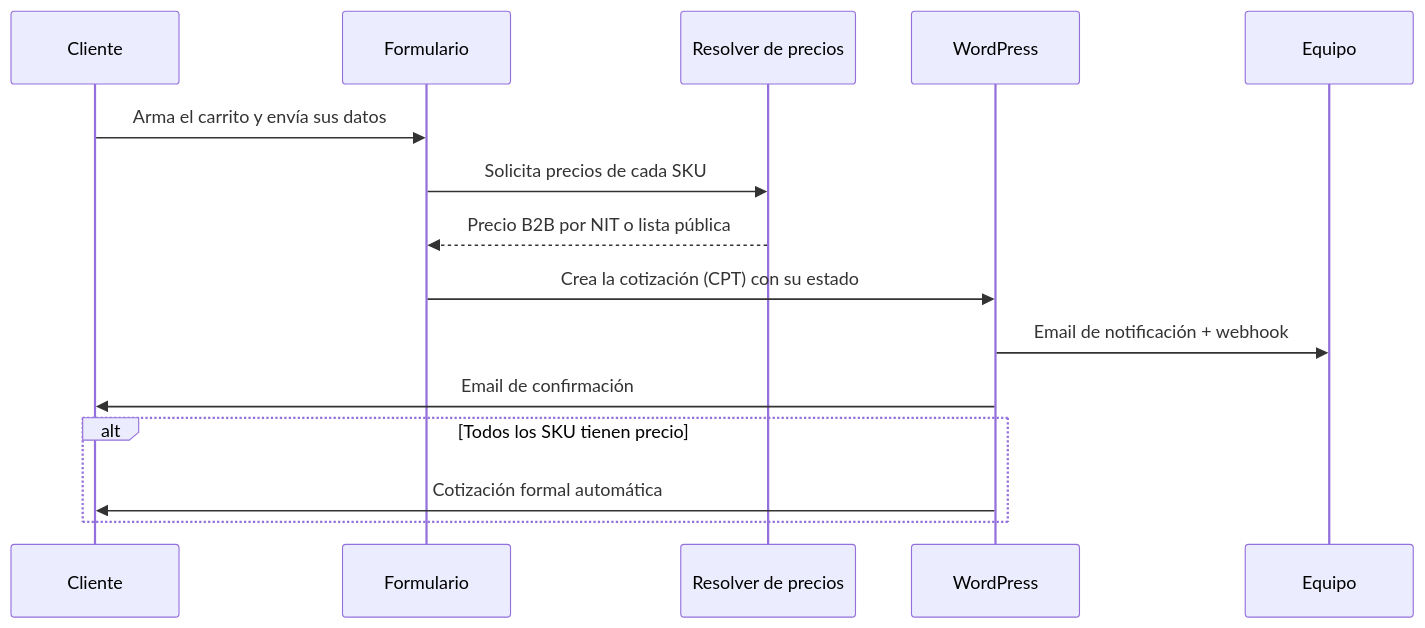
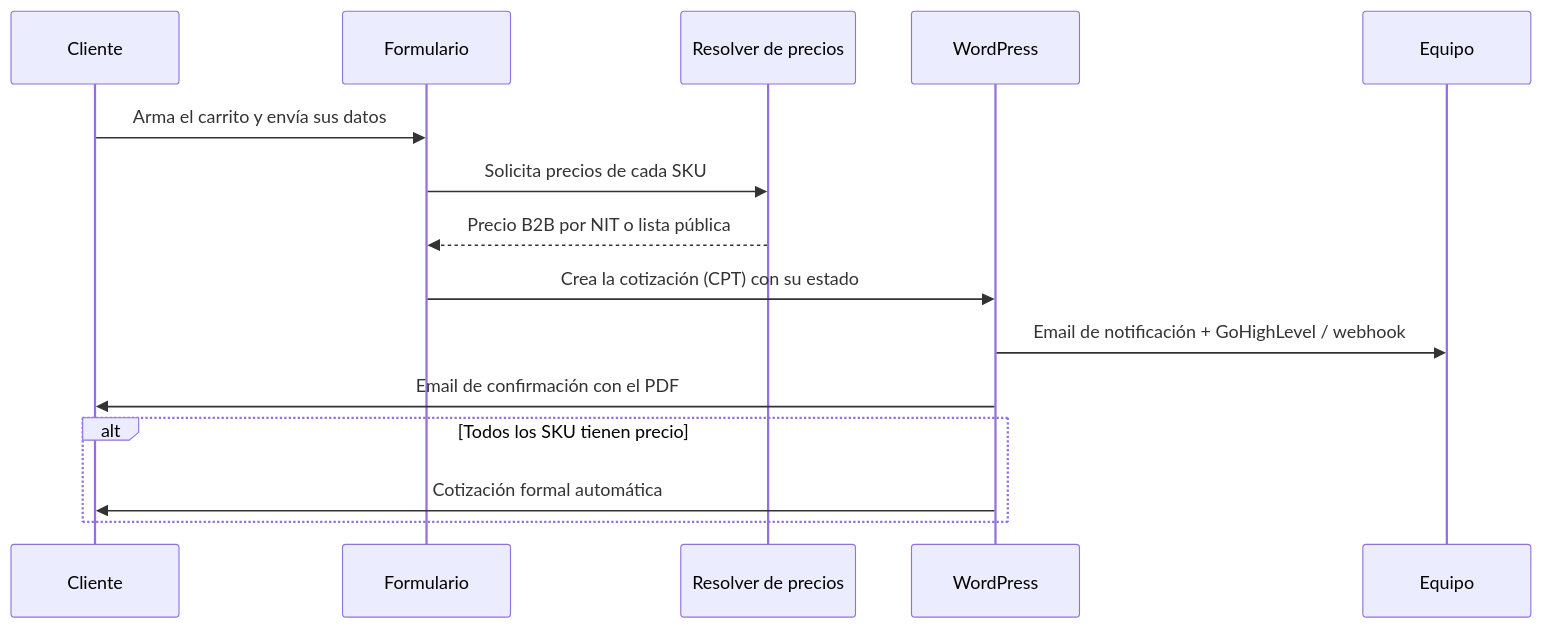
The second of 2 diagrams in README.md (neracosu/Cotizador-Glotracol), drawn with Mermaid before and after one commit. The commit also changed other lines of this file, not shown here.

Commit message:
docs: README al dia con la 2.16.1 (PDF, GoHighLevel, panel web, marca, actualizador)

````diff
--- a/README.md
+++ b/README.md
@@ -71,18 +77,18 @@
 ```mermaid
 sequenceDiagram
     participant Cliente
     participant Formulario
     participant Resolver as Resolver de precios
     participant WordPress
     participant Equipo
 
     Cliente->>Formulario: Arma el carrito y envía sus datos
     Formulario->>Resolver: Solicita precios de cada SKU
     Resolver-->>Formulario: Precio B2B por NIT o lista pública
     Formulario->>WordPress: Crea la cotización (CPT) con su estado
-    WordPress->>Equipo: Email de notificación + webhook
-    WordPress->>Cliente: Email de confirmación
+    WordPress->>Equipo: Email de notificación + GoHighLevel / webhook
+    WordPress->>Cliente: Email de confirmación con el PDF
     alt Todos los SKU tienen precio
         WordPress->>Cliente: Cotización formal automática
     end
 ```
````
